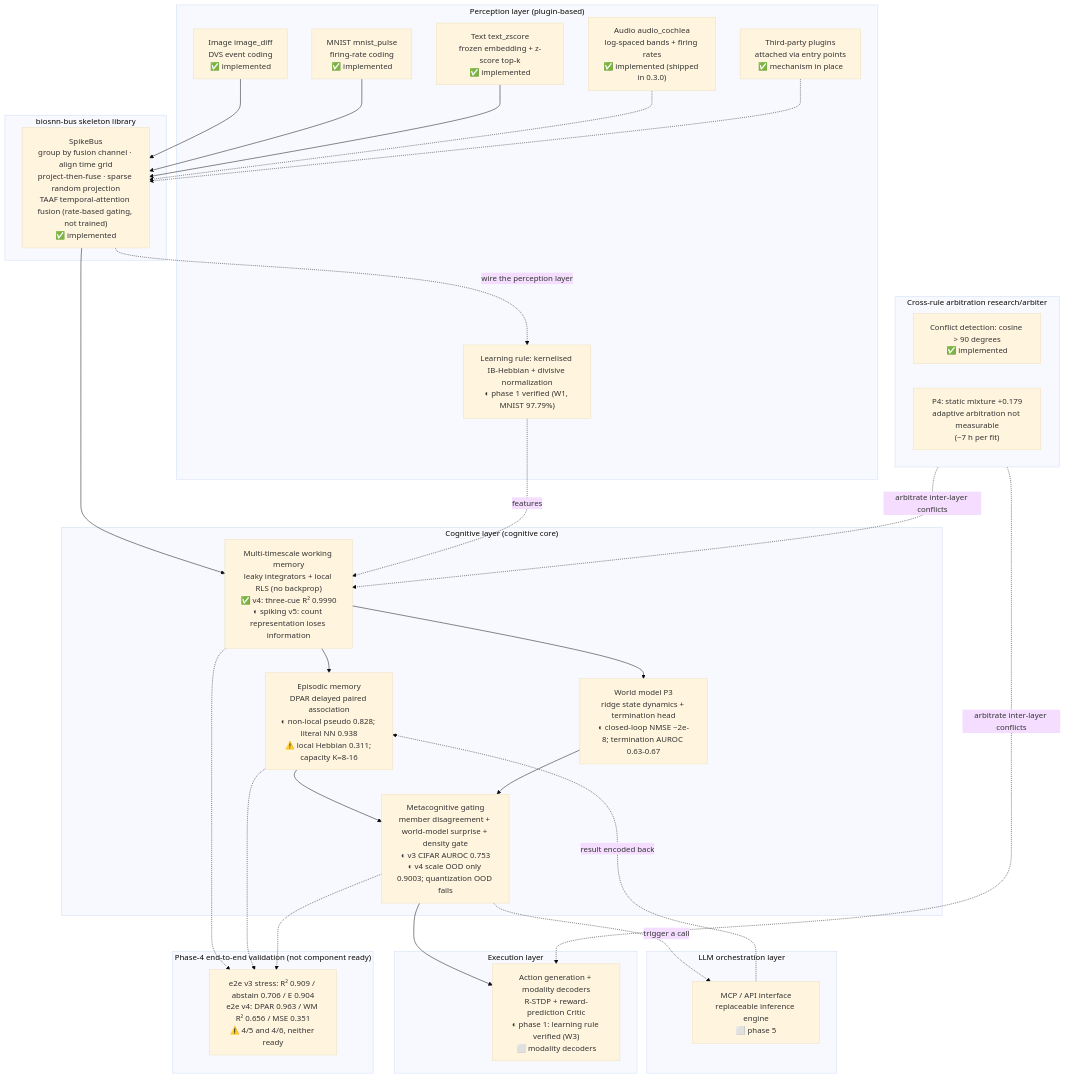
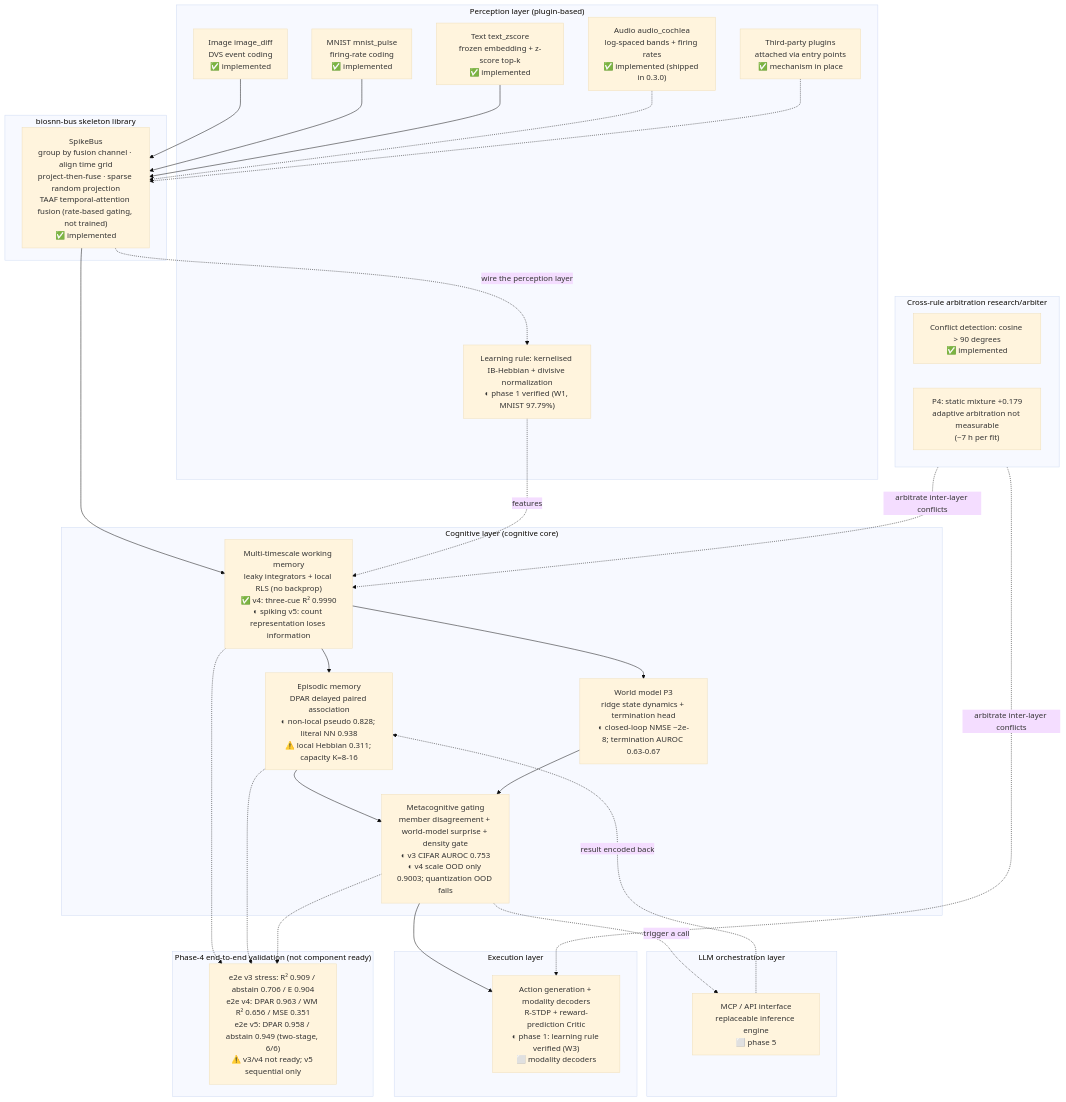
One commit to lzmd-arch/BioSNN-Plug changed the diagram in README.en.md. Above: the diagram before and after it, drawn with Mermaid (base theme). The commit also changed other lines of this file and 8 other files, not shown here.

````diff
--- a/README.en.md
+++ b/README.en.md
@@ -148,60 +148,60 @@
 ```mermaid
 flowchart TB
     subgraph L5["LLM orchestration layer"]
         MCP["MCP / API interface<br/>replaceable inference engine<br/>⬜ phase 5"]
     end
 
     subgraph L4["Execution layer"]
         ACT["Action generation + modality decoders<br/>R-STDP + reward-prediction Critic<br/>◐ phase 1: learning rule verified (W3)<br/>⬜ modality decoders"]
     end
 
     subgraph L3["Cognitive layer (cognitive core)"]
         WM["Multi-timescale working memory<br/>leaky integrators + local RLS (no backprop)<br/>✅ v4: three-cue R² 0.9990<br/>◐ spiking v5: count representation loses information"]
         EM["Episodic memory<br/>DPAR delayed paired association<br/>◐ non-local pseudo 0.828; literal NN 0.938<br/>⚠️ local Hebbian 0.311; capacity K=8-16"]
         MG["Metacognitive gating<br/>member disagreement + world-model surprise + density gate<br/>◐ v3 CIFAR AUROC 0.753<br/>◐ v4 scale OOD only 0.9003; quantization OOD fails"]
         WMODEL["World model P3<br/>ridge state dynamics + termination head<br/>◐ closed-loop NMSE ~2e-8; termination AUROC 0.63-0.67"]
     end
 
     subgraph ARB["Cross-rule arbitration research/arbiter"]
         CF["Conflict detection: cosine > 90 degrees<br/>✅ implemented"]
         ES["P4: static mixture +0.179<br/>adaptive arbitration not measurable<br/>(~7 h per fit)"]
     end
 
     subgraph L2["biosnn-bus skeleton library"]
         BUS["SpikeBus<br/>group by fusion channel · align time grid<br/>project-then-fuse · sparse random projection<br/>TAAF temporal-attention fusion (rate-based gating, not trained)<br/>✅ implemented"]
     end
 
     subgraph L1["Perception layer (plugin-based)"]
         IMG["Image image_diff<br/>DVS event coding<br/>✅ implemented"]
         MN["MNIST mnist_pulse<br/>firing-rate coding<br/>✅ implemented"]
         TXT["Text text_zscore<br/>frozen embedding + z-score top-k<br/>✅ implemented"]
         AUD["Audio audio_cochlea<br/>log-spaced bands + firing rates<br/>✅ implemented (shipped in 0.3.0)"]
         THIRD["Third-party plugins<br/>attached via entry points<br/>✅ mechanism in place"]
         HEB["Learning rule: kernelised IB-Hebbian + divisive normalization<br/>◐ phase 1 verified (W1, MNIST 97.79%)"]
     end
 
     IMG --> BUS
     MN --> BUS
     TXT --> BUS
     AUD -.-> BUS
     THIRD -.-> BUS
     BUS --> WM
     BUS -.->|wire the perception layer| HEB
     HEB -.->|features| WM
     WM --> EM
     WM --> WMODEL
     EM --> MG
     WMODEL --> MG
     MG --> ACT
     MG -.->|trigger a call| MCP
     MCP -.->|result encoded back| EM
     ARB -.->|arbitrate inter-layer conflicts| WM
     ARB -.->|arbitrate inter-layer conflicts| ACT
 
     subgraph S4["Phase-4 end-to-end validation (not component ready)"]
-        E2E["e2e v3 stress: R² 0.909 / abstain 0.706 / E 0.904<br/>e2e v4: DPAR 0.963 / WM R² 0.656 / MSE 0.351<br/>⚠️ 4/5 and 4/6, neither ready"]
+        E2E["e2e v3 stress: R² 0.909 / abstain 0.706 / E 0.904<br/>e2e v4: DPAR 0.963 / WM R² 0.656 / MSE 0.351<br/>e2e v5: DPAR 0.958 / abstain 0.949 (two-stage, 6/6)<br/>⚠️ v3/v4 not ready; v5 sequential only"]
     end
     WM -.-> E2E
     EM -.-> E2E
     MG -.-> E2E
 ```
````
